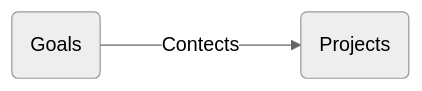
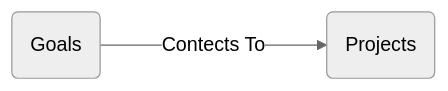
Before and after one commit to JerryOh/iodraw-files: the diagram in all/未命名-2.md, drawn with Mermaid (neutral theme).

Commit message:
2024-06-06 23:54:13 update

````diff
--- a/all/未命名-2.md
+++ b/all/未命名-2.md
@@ -1,4 +1,5 @@
 ```mermaid
 flowchart LR
-G(Goals) ---> |Contects | P(Projects)
+G(Goals) ---> |Contects To| P(Projects)
+
 ```
````
